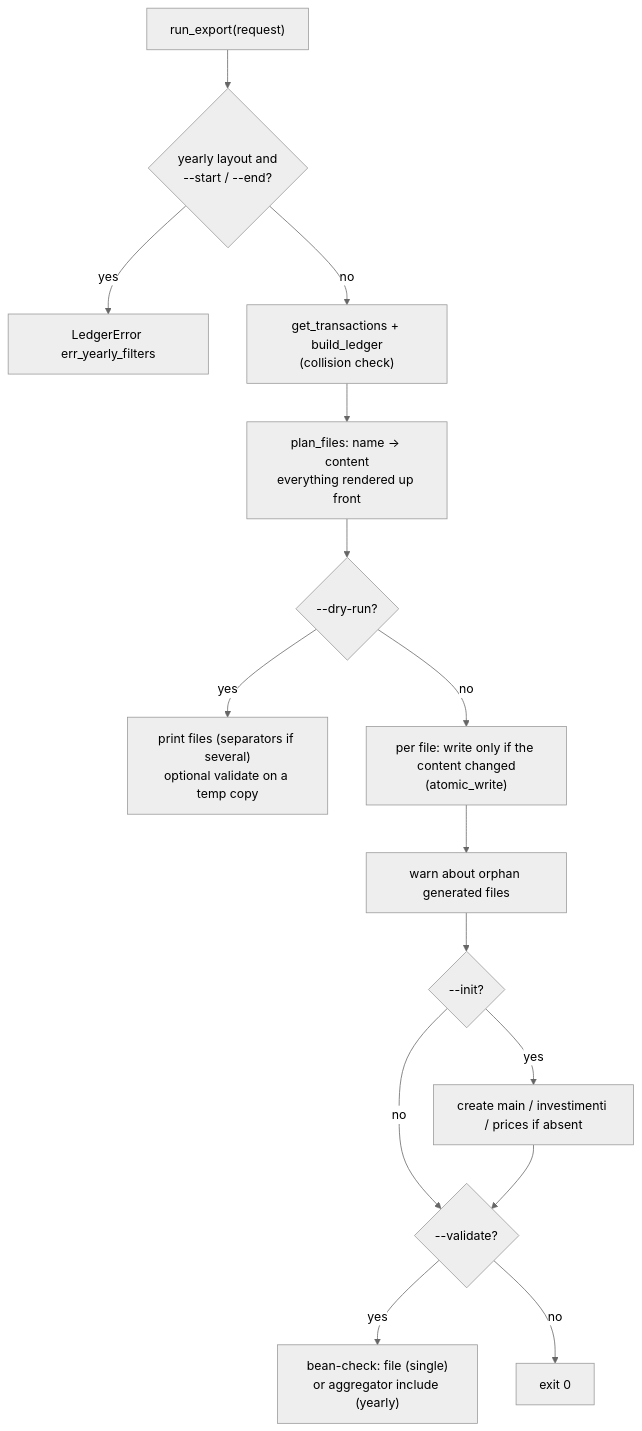
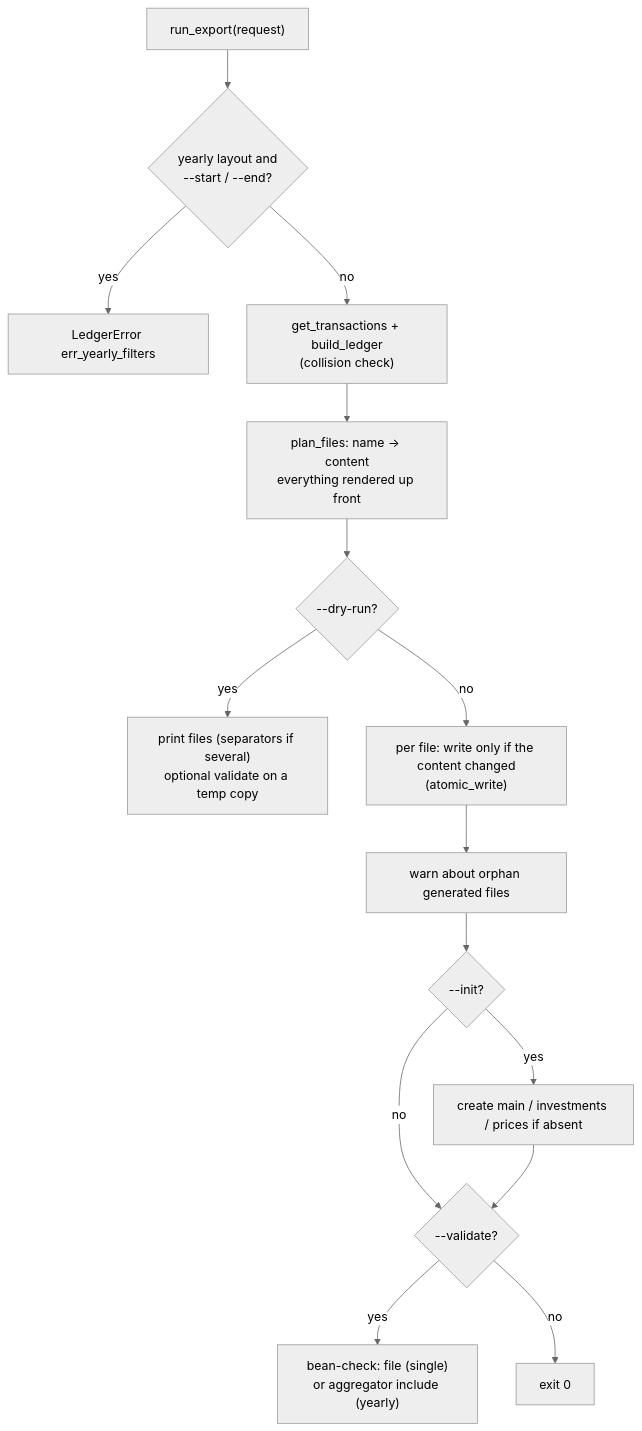
One commit to fran33git/firefly-reports changed the sixth of 6 diagrams in docs/wiki/Ledger-Architecture.md. Above: the diagram before and after it, drawn with Mermaid (neutral theme). The commit also changed other lines of this file and 4 other files, not shown here.

````diff
--- a/docs/wiki/Ledger-Architecture.md
+++ b/docs/wiki/Ledger-Architecture.md
@@ -268,17 +268,17 @@
 ```mermaid
 flowchart TD
     A["run_export(request)"] --> B{"yearly layout and<br/>--start / --end?"}
     B -- yes --> X1["LedgerError err_yearly_filters"]
     B -- no --> C["get_transactions + build_ledger<br/>(collision check)"]
     C --> D["plan_files: name -> content<br/>everything rendered up front"]
     D --> E{"--dry-run?"}
     E -- yes --> F["print files (separators if several)<br/>optional validate on a temp copy"]
     E -- no --> G["per file: write only if the content changed<br/>(atomic_write)"]
     G --> H["warn about orphan generated files"]
     H --> I{"--init?"}
-    I -- yes --> J["create main / investimenti / prices if absent"]
+    I -- yes --> J["create main / investments / prices if absent"]
     I -- no --> K
     J --> K{"--validate?"}
     K -- yes --> L["bean-check: file (single)<br/>or aggregator include (yearly)"]
     K -- no --> M["exit 0"]
 ```
````
